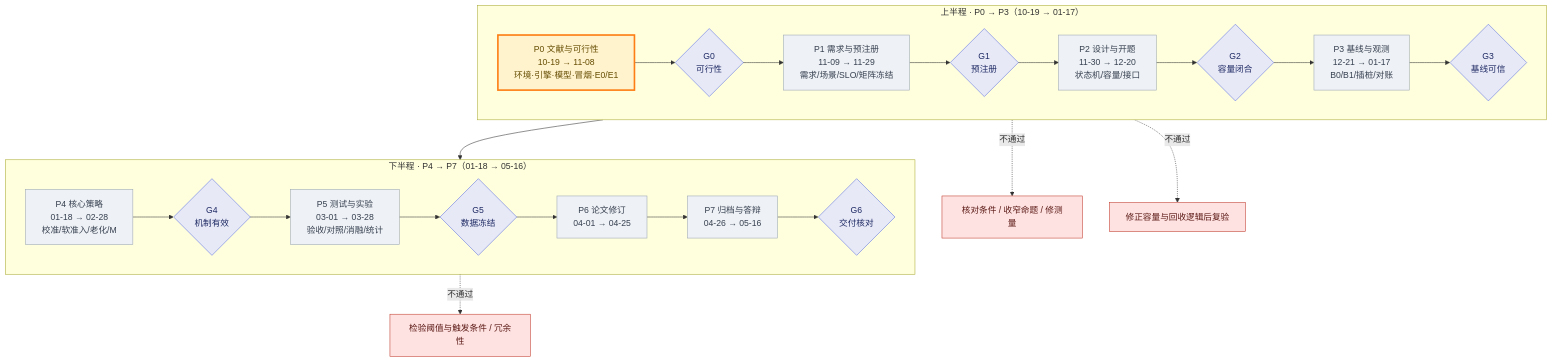
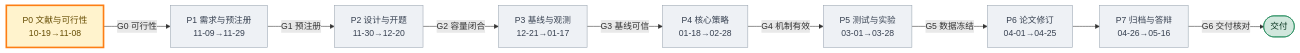
Before and after one commit to Linsdfe/llm-admission-tail-latency-control: the second of 3 diagrams in README.md, drawn with Mermaid. The commit also changed other lines of this file and 2 other files, not shown here.

Commit message:
docs: 任务流程图改为紧凑版（单行阶段推进，决策门标在箭头上）
- 图②：去掉子图与菱形门节点，8 个阶段单行排列，G0—G6 作为箭头标签，竖向高度大幅下降
- 图③：步骤标签精简为单行，去掉节点内多行说明，细节移到图下要点
- 保留甘特时间线与阶段状态表；提交前校验 3 个 mermaid 块无悬空引用

````diff
--- a/README.md
+++ b/README.md
@@ -35,30 +35,18 @@
 ```mermaid
-flowchart TD
-    subgraph R1["上半程 · P0 → P3（10-19 → 01-17）"]
-        direction LR
-        P0["P0 文献与可行性<br/>10-19 → 11-08<br/>环境·引擎·模型·冒烟·E0/E1"] --> G0{"G0<br/>可行性"}
-        G0 --> P1["P1 需求与预注册<br/>11-09 → 11-29<br/>需求/场景/SLO/矩阵冻结"] --> G1{"G1<br/>预注册"}
-        G1 --> P2["P2 设计与开题<br/>11-30 → 12-20<br/>状态机/容量/接口"] --> G2{"G2<br/>容量闭合"}
-        G2 --> P3["P3 基线与观测<br/>12-21 → 01-17<br/>B0/B1/插桩/对账"] --> G3{"G3<br/>基线可信"}
-    end
-    subgraph R2["下半程 · P4 → P7（01-18 → 05-16）"]
-        direction LR
-        P4["P4 核心策略<br/>01-18 → 02-28<br/>校准/软准入/老化/M"] --> G4{"G4<br/>机制有效"}
-        G4 --> P5["P5 测试与实验<br/>03-01 → 03-28<br/>验收/对照/消融/统计"] --> G5{"G5<br/>数据冻结"}
-        G5 --> P6["P6 论文修订<br/>04-01 → 04-25"] --> P7["P7 归档与答辩<br/>04-26 → 05-16"] --> G6{"G6<br/>交付核对"}
-    end
-    G3 --> P4
-
-    G0 -.->|不通过| FIX0["核对条件 / 收窄命题 / 修测量"]
-    G2 -.->|不通过| FIX2["修正容量与回收逻辑后复验"]
-    G4 -.->|不通过| FIX4["检验阈值与触发条件 / 冗余性"]
+flowchart LR
+    P0["P0 文献与可行性<br/>10-19→11-08"] -->|"G0 可行性"| P1["P1 需求与预注册<br/>11-09→11-29"]
+    P1 -->|"G1 预注册"| P2["P2 设计与开题<br/>11-30→12-20"]
+    P2 -->|"G2 容量闭合"| P3["P3 基线与观测<br/>12-21→01-17"]
+    P3 -->|"G3 基线可信"| P4["P4 核心策略<br/>01-18→02-28"]
+    P4 -->|"G4 机制有效"| P5["P5 测试与实验<br/>03-01→03-28"]
+    P5 -->|"G5 数据冻结"| P6["P6 论文修订<br/>04-01→04-25"]
+    P6 --> P7["P7 归档与答辩<br/>04-26→05-16"]
+    P7 -->|"G6 交付核对"| DONE(["交付"])
 
     classDef current fill:#fff3cd,stroke:#fd7e14,stroke-width:3px,color:#664d03;
     classDef todo fill:#eef1f5,stroke:#9aa5b1,color:#374151;
-    classDef gate fill:#e7e9f7,stroke:#5b6ee1,color:#1f2a63;
-    classDef branch fill:#fde2e1,stroke:#c0392b,color:#5c1a16;
+    classDef done fill:#d1e7dd,stroke:#198754,color:#0a3622;
     class P0 current;
-    class G0,G1,G2,G3,G4,G5,G6 gate;
     class P1,P2,P3,P4,P5,P6,P7 todo;
-    class FIX0,FIX2,FIX4 branch;
+    class DONE done;
 ```
````
